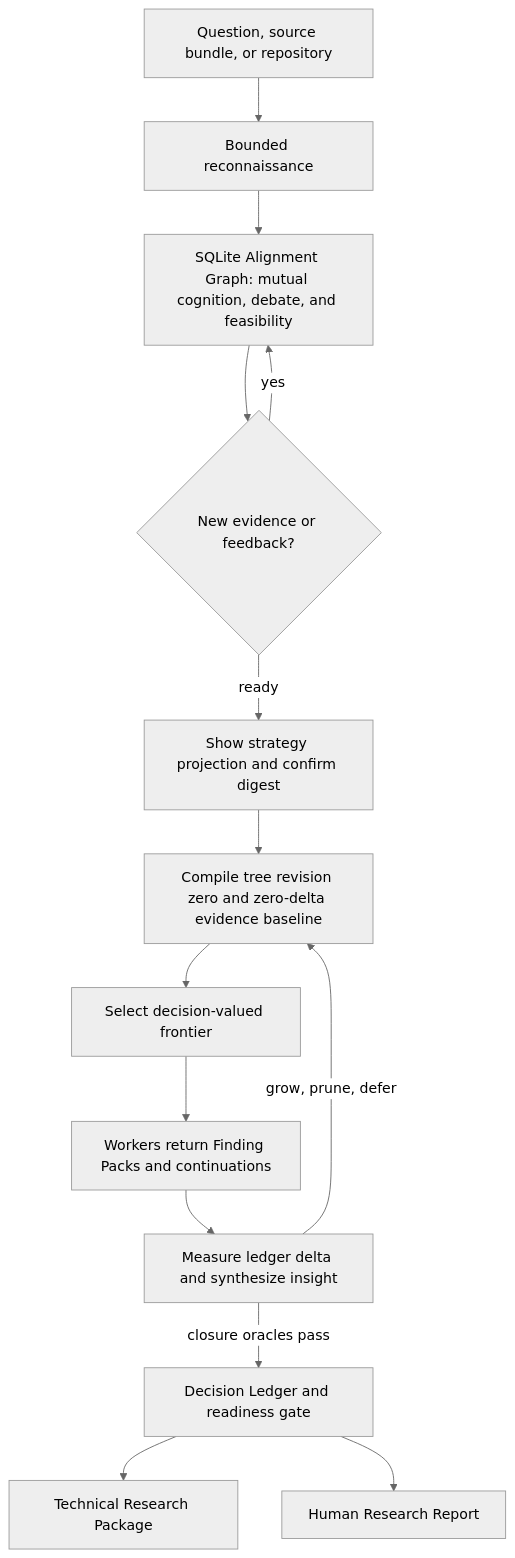
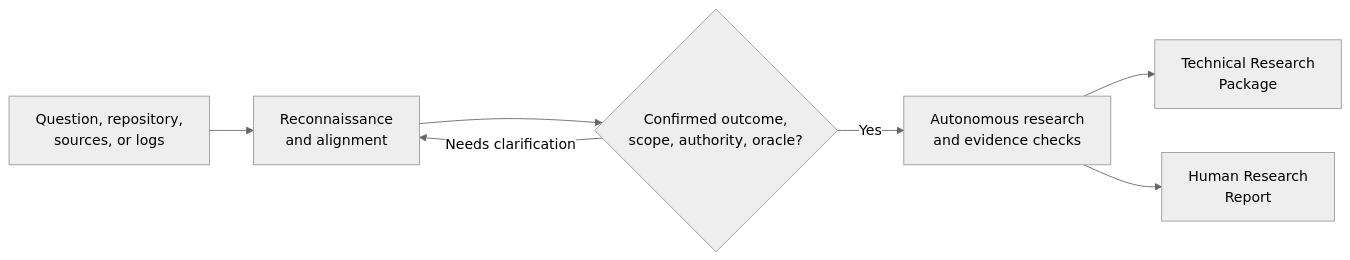
One commit to amd2g2zz/research-tree changed the diagram in README.md. Above: the diagram before and after it, drawn with Mermaid (neutral theme). The commit also changed other lines of this file and 1 other file, not shown here.

````diff
--- a/README.md
+++ b/README.md
@@ -86,16 +82,9 @@
 ```mermaid
-flowchart TD
-    Q[Question, source bundle, or repository] --> R[Bounded reconnaissance]
-    R --> C[SQLite Alignment Graph: mutual cognition, debate, and feasibility]
-    C --> H{New evidence or feedback?}
-    H -->|yes| C
-    H -->|ready| S[Show strategy projection and confirm digest]
-    S --> P[Compile tree revision zero and zero-delta evidence baseline]
-    P --> F[Select decision-valued frontier]
-    F --> W[Workers return Finding Packs and continuations]
-    W --> I[Measure ledger delta and synthesize insight]
-    I -->|grow, prune, defer| P
-    I -->|closure oracles pass| L[Decision Ledger and readiness gate]
-    L --> T[Technical Research Package]
-    L --> B[Human Research Report]
+flowchart LR
+    A[Question, repository,<br/>sources, or logs] --> B[Reconnaissance<br/>and alignment]
+    B --> C{Confirmed outcome,<br/>scope, authority, oracle?}
+    C -->|Needs clarification| B
+    C -->|Yes| D[Autonomous research<br/>and evidence checks]
+    D --> E[Technical Research<br/>Package]
+    D --> F[Human Research<br/>Report]
 ```
````
